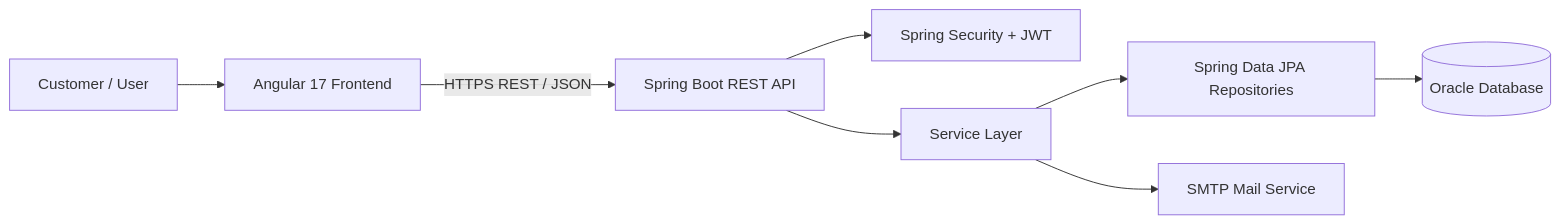
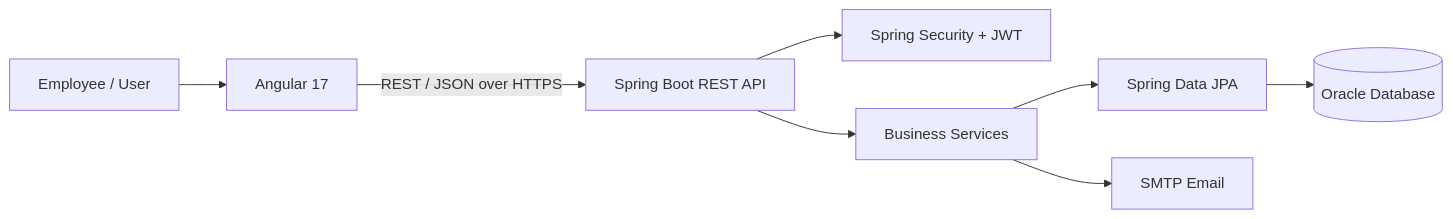
One commit to raidenshogen/Restonet-app changed the diagram in README.md. Above: the diagram before and after it, drawn with Mermaid. The commit also changed other lines of this file, not shown here.

```diff
--- a/README.md
+++ b/README.md
@@ -20,10 +70,10 @@
 ~~~mermaid
 flowchart LR
-    U[Customer / User] --> FE[Angular 17 Frontend]
-    FE -->|HTTPS REST / JSON| API[Spring Boot REST API]
-    API --> SEC[Spring Security + JWT]
-    API --> SVC[Service Layer]
-    SVC --> REP[Spring Data JPA Repositories]
-    REP --> DB[(Oracle Database)]
-    SVC --> MAIL[SMTP Mail Service]
+    U[Employee / User] --> FE[Angular 17]
+    FE -->|REST / JSON over HTTPS| API[Spring Boot REST API]
+    API --> AUTH[Spring Security + JWT]
+    API --> SVC[Business Services]
+    SVC --> REPO[Spring Data JPA]
+    REPO --> DB[(Oracle Database)]
+    SVC --> EMAIL[SMTP Email]
 ~~~
```
